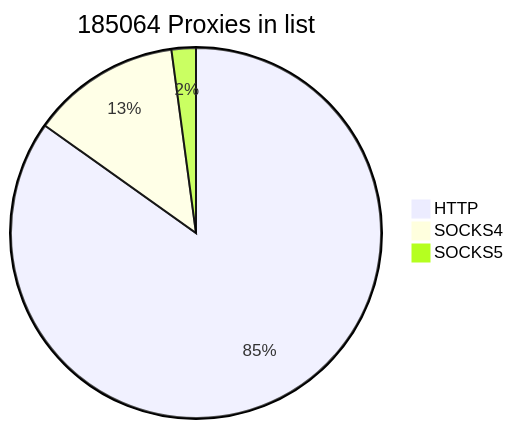
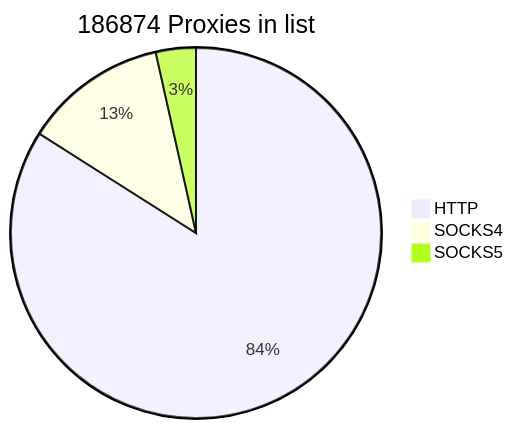
Before and after one commit to cutipu/proxylist: the first of 2 diagrams in README.md, drawn with Mermaid. The commit also changed other lines of this file, not shown here.

````diff
--- a/README.md
+++ b/README.md
@@ -2,7 +2,7 @@
 ```mermaid
-pie title 185064 Proxies in list
-    "HTTP" : 157006
-    "SOCKS4" : 24126
-    "SOCKS5" : 3932
+pie title 186874 Proxies in list
+    "HTTP" : 156956
+    "SOCKS4" : 23388
+    "SOCKS5" : 6530
             
 ```
````
